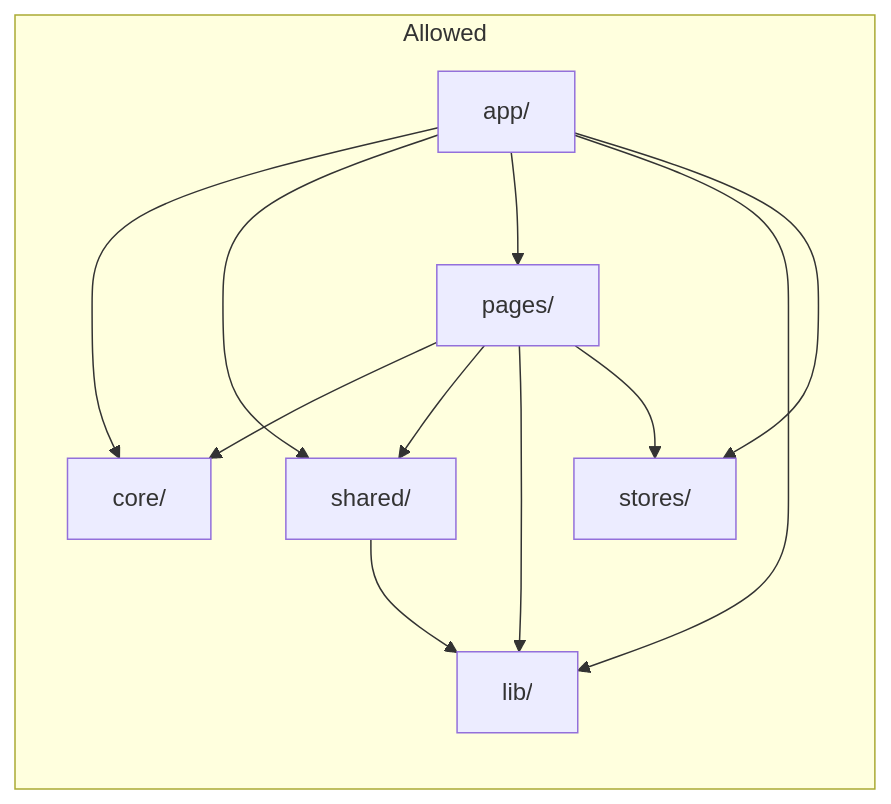
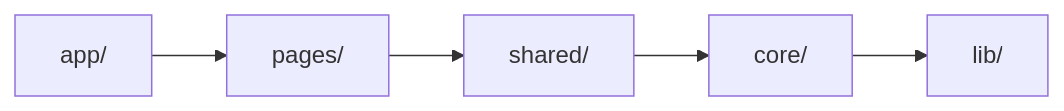
The second of 2 diagrams in README.md (nikunjmavani/core-fe), drawn with Mermaid before and after one commit. The commit also changed other lines of this file and 18 other files, not shown here.

````diff
--- a/README.md
+++ b/README.md
@@ -173,21 +174,7 @@
 ```mermaid
 flowchart LR
-  subgraph Allowed
-    core[core/]
-    pages[pages/]
-    shared[shared/]
-    app[app/]
-    lib[lib/]
-    stores[stores/]
-  end
-  app --> core
-  app --> shared
-  app --> pages
-  pages --> core
-  pages --> shared
-  shared --> lib
-  pages --> lib
-  app --> lib
-  app --> stores
-  pages --> stores
+  app[app/] --> pages[pages/]
+  pages --> shared[shared/]
+  shared --> core[core/]
+  core --> lib[lib/]
 ```
````
